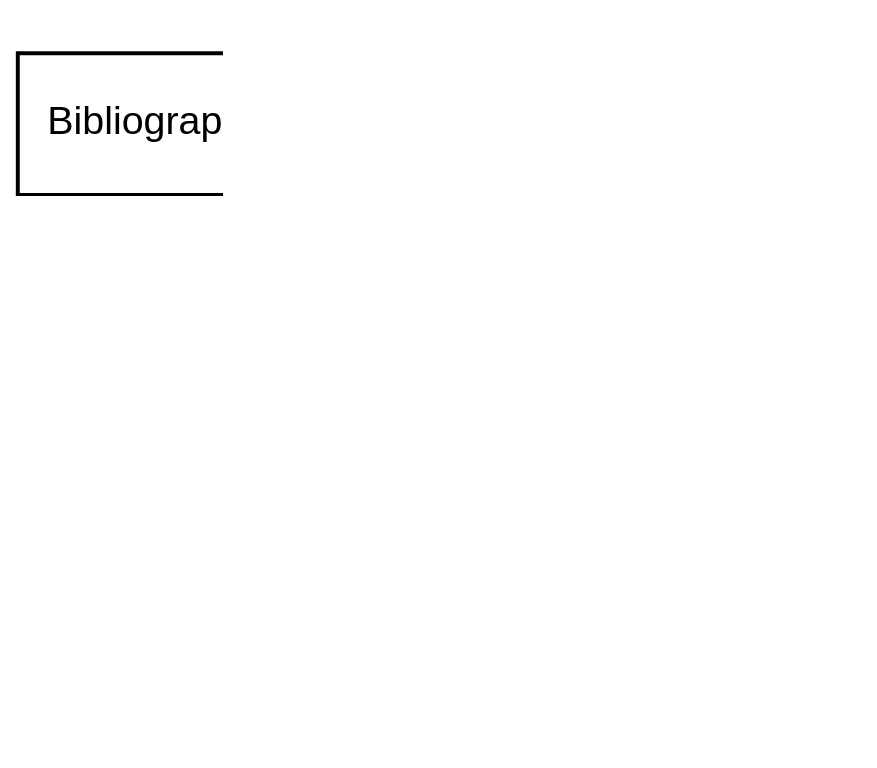
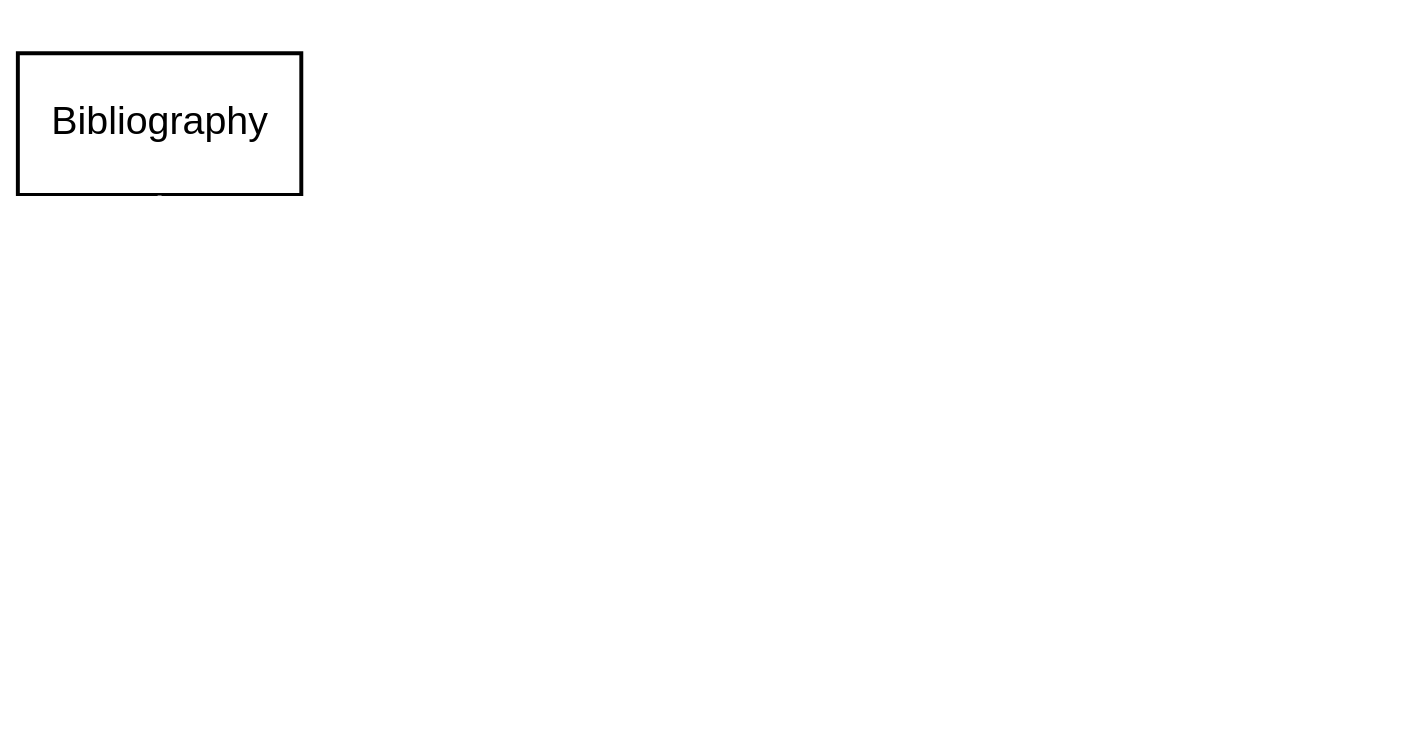
Before and after one commit to pprevos/emacs-writing-studio: the diagram in documents/ews-book/07-publication.org, drawn with Graphviz. The commit also changed other lines of this file and 10 other files, not shown here.

```diff
--- a/documents/ews-book/07-publication.org
+++ b/documents/ews-book/07-publication.org
@@ -14,22 +21,26 @@
 #+begin_src dot :file images/org-mode-export-principles.png
   digraph {
       graph [dpi=300]
       rankdir=LR
       node [fontname=Arial fontsize=10]
       edge [fontname=Courier fontsize=9 color = gray]
 
-      bibtex [label="Bibliography" shape="polygon"]
-      org [label="Org\nmode" shape="polygon"]
+      bibtex [label="Bibliography" shape="polygon" width=1]
+      org [label="Org\nmode" shape="polygon" width=1]
+      tex [label="TeX" shape="polygon"]
+      pdf [label="PDF" shape="note"]
+      html [label="HTML" shape="note"]
+      epub [label="EPub" shape="note"]
+      odt [label="ODT" shape="note"]
+      word [labsl="MS Word" shape="note"]
 
-      pdf [label="PDF" shape="note"]
-      html [label="Website" shape="note"]
-      epub [label="EPub" shape="note"]
-      office [label="Office\nDocument" shape="note"]
-      
-      bibtex -> org [constraint=false label="BibTeX"]
-      org -> pdf [label="LaTeX"]
-      org -> html [label="CSS"]
-      org -> epub [label="CSS\nox-epub"]
-      org -> office [label="libreoffice"]
+      bibtex -> org [constraint=false]
+      org -> tex [label="Org"]
+      tex -> pdf [label="LaTeX"]
+      org -> html [label="Org"]
+      org -> epub [label="ox-epub/zip"]
+      org -> odt [label="Org/zip"]
+      odt -> pdf [label="LibreOffice"]
+      odt -> word [label="LibreOffice"]
   }
 #+end_src
```
